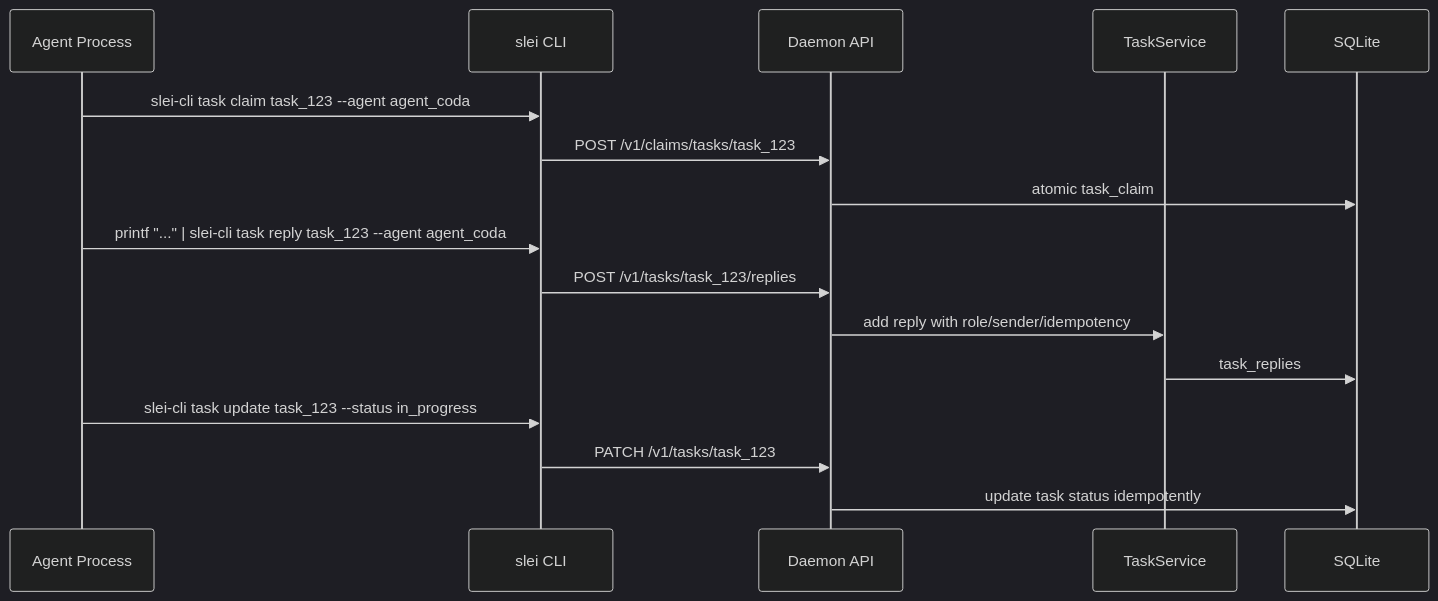
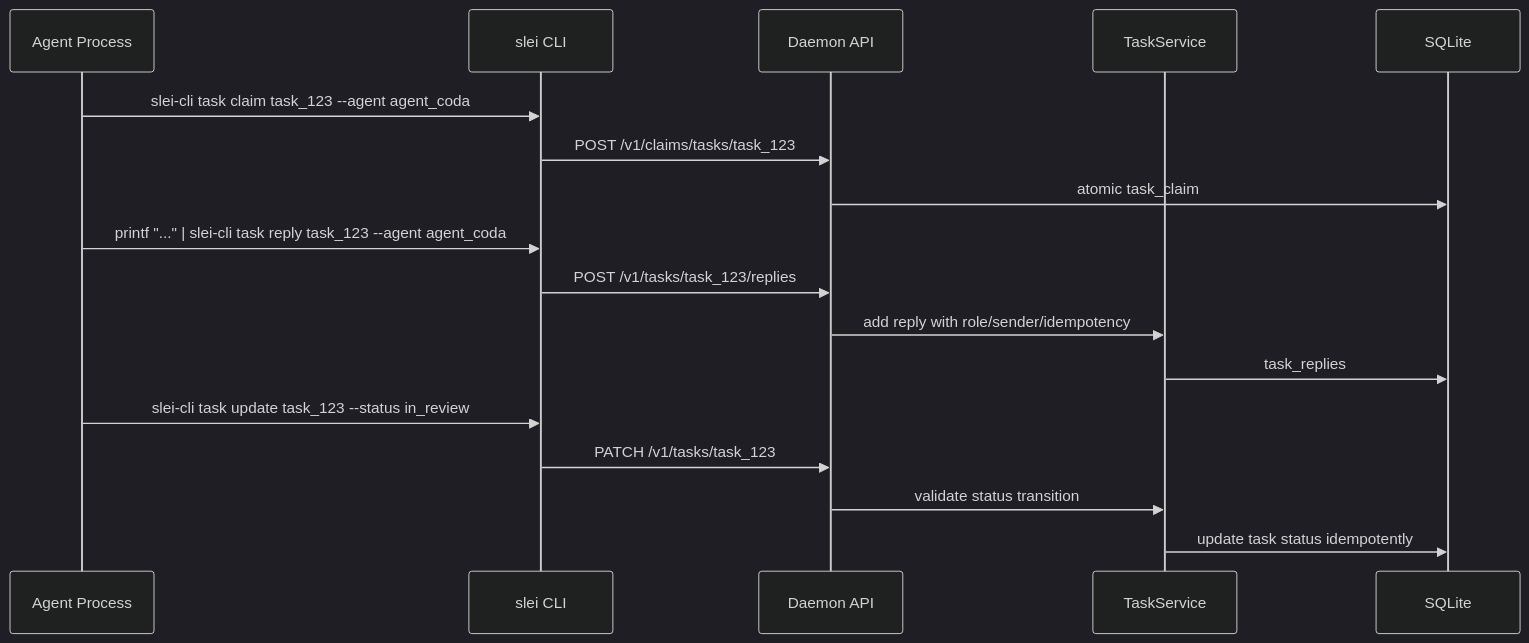
The second of 2 diagrams in docs/architecture/0006-task-source-message-card.md (leedalei/Slei), drawn with Mermaid (dark theme) before and after one commit. The commit also changed other lines of this file and 35 other files, not shown here.

````diff
--- a/docs/architecture/0006-task-source-message-card.md
+++ b/docs/architecture/0006-task-source-message-card.md
@@ -71,19 +71,20 @@
 ```mermaid
 sequenceDiagram
     participant Agent as Agent Process
     participant CLI as slei CLI
     participant API as Daemon API
     participant Tasks as TaskService
     participant Store as SQLite
 
     Agent->>CLI: slei-cli task claim task_123 --agent agent_coda
     CLI->>API: POST /v1/claims/tasks/task_123
     API->>Store: atomic task_claim
     Agent->>CLI: printf "..." | slei-cli task reply task_123 --agent agent_coda
     CLI->>API: POST /v1/tasks/task_123/replies
     API->>Tasks: add reply with role/sender/idempotency
     Tasks->>Store: task_replies
-    Agent->>CLI: slei-cli task update task_123 --status in_progress
+    Agent->>CLI: slei-cli task update task_123 --status in_review
     CLI->>API: PATCH /v1/tasks/task_123
-    API->>Store: update task status idempotently
+    API->>Tasks: validate status transition
+    Tasks->>Store: update task status idempotently
 ```
````
